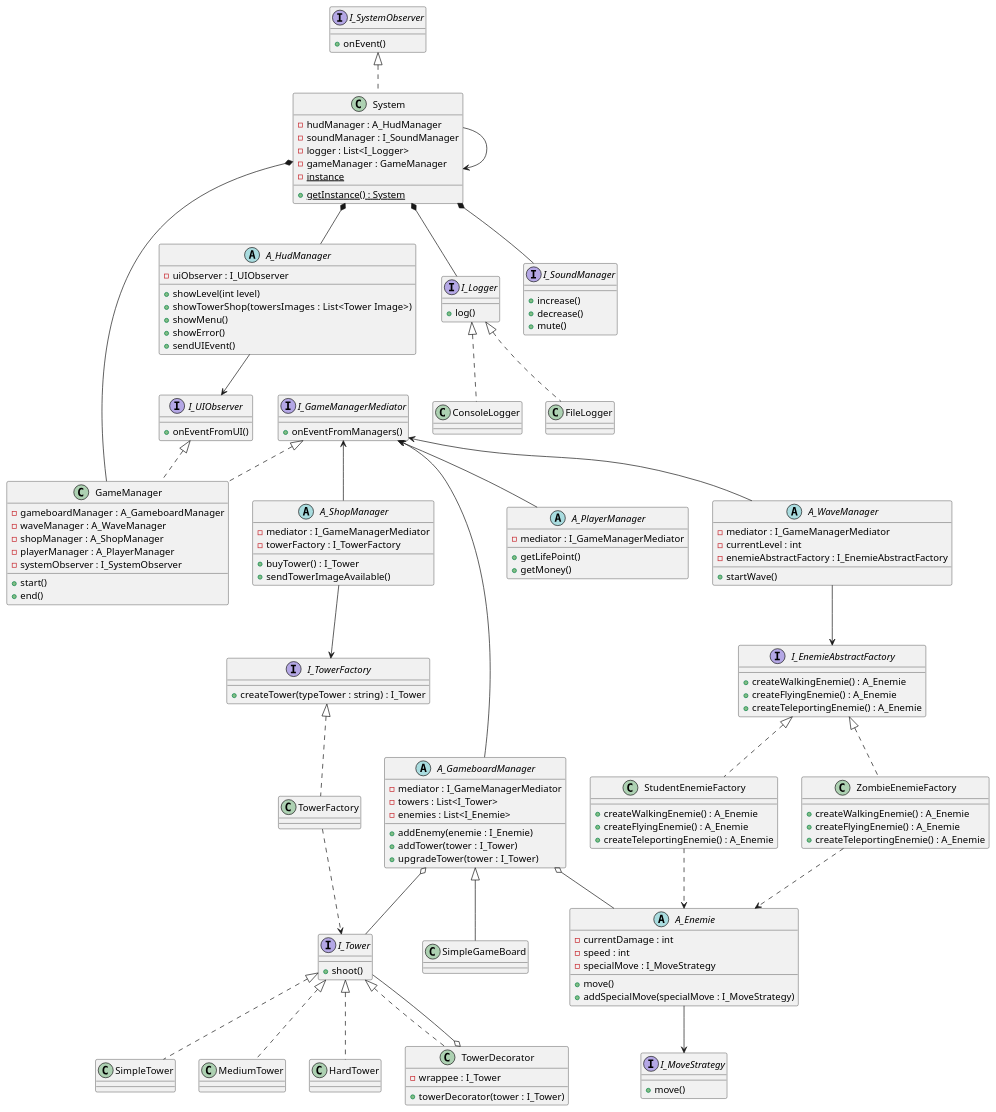
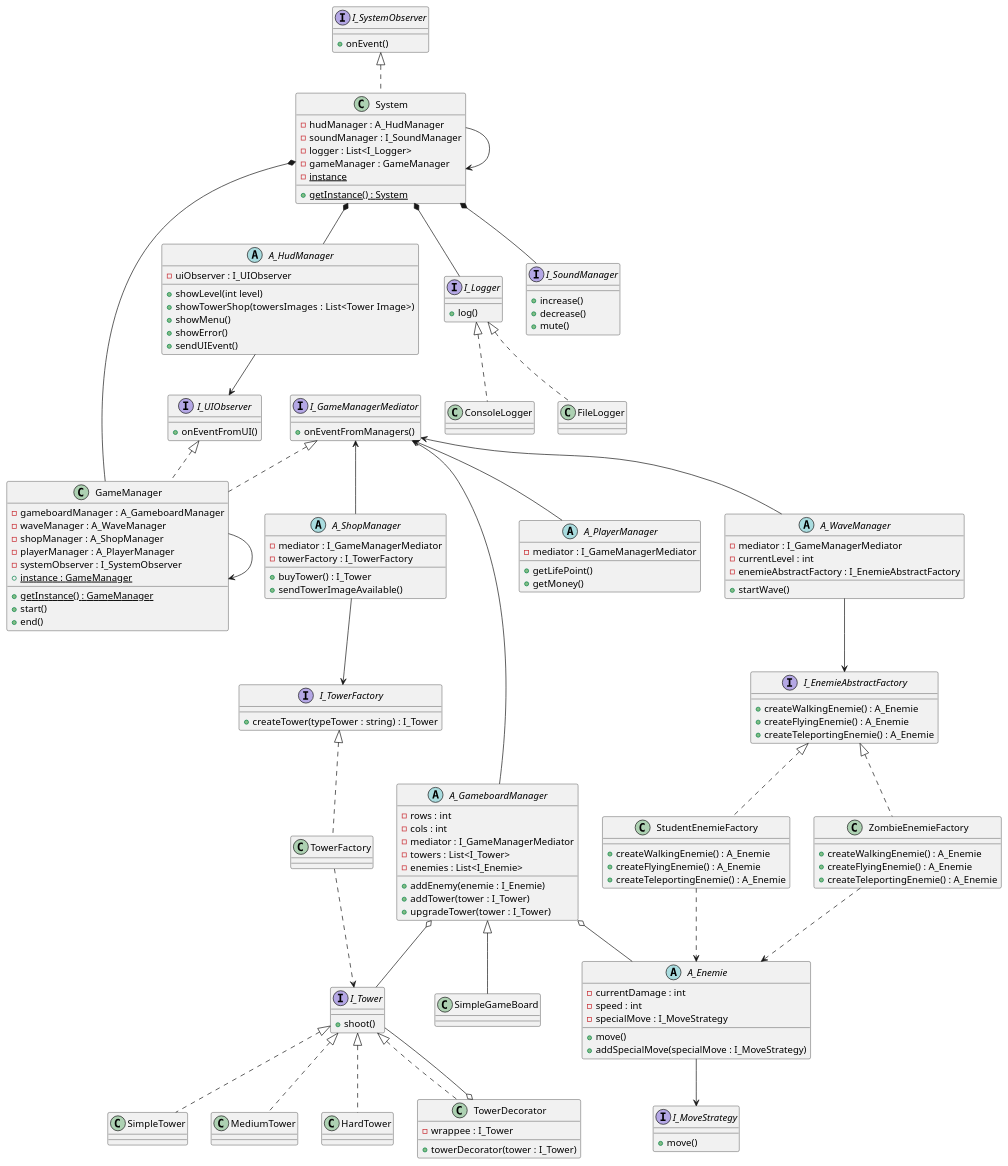
One commit to bobylatruffe/tower_defense changed the diagram in uml.plantuml. Above: the diagram before and after it, drawn with PlantUML. The commit also changed 17 other files, not shown here.

```diff
--- a/uml.plantuml
+++ b/uml.plantuml
@@ -10,9 +10,13 @@
     - shopManager : A_ShopManager
     - playerManager : A_PlayerManager
     - systemObserver : I_SystemObserver
+    + {static} instance : GameManager
+    + {static} getInstance() : GameManager
     + start()
     + end()
 }
+
+GameManager --> GameManager
 
 class System implements I_SystemObserver {
     - hudManager : A_HudManager
@@ -30,7 +34,6 @@
     + log()
 }
 
-
 class FileLogger implements I_Logger {
 }
 
@@ -44,6 +47,8 @@
 ' end note
 
 abstract class A_GameboardManager  {
+    - rows : int
+    - cols : int
     - mediator : I_GameManagerMediator
     - towers : List<I_Tower>
     - enemies : List<I_Enemie>
```
